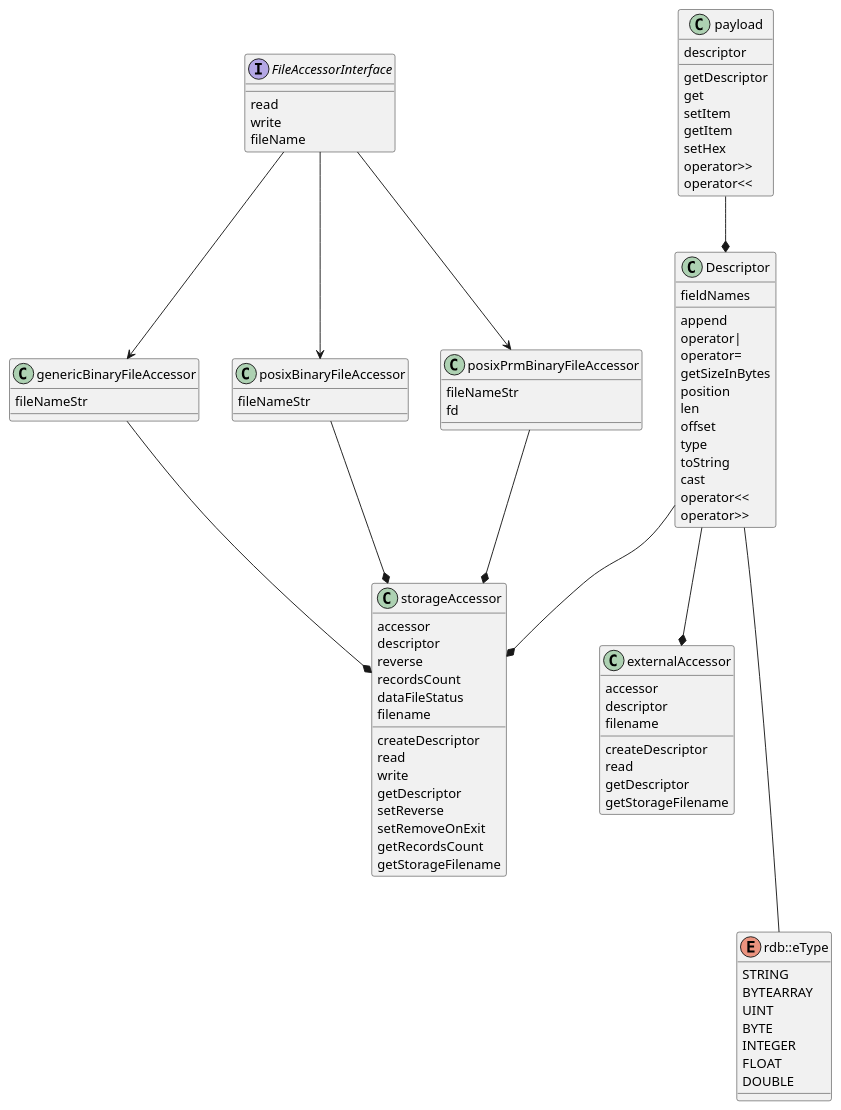
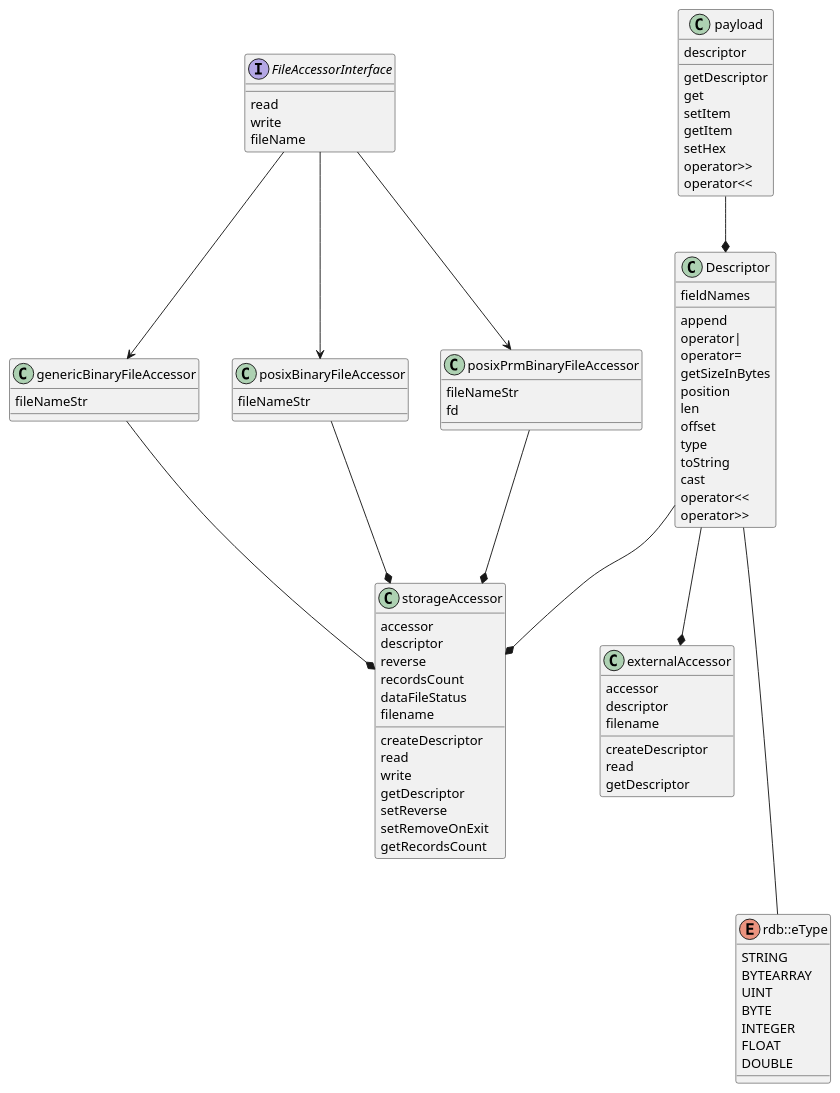
The diagram in src/include/rdb/UML/rdb.puml (michalwidera/retractordb), drawn with PlantUML before and after one commit. The commit also changed 4 other files, not shown here.

```diff
--- a/src/include/rdb/UML/rdb.puml
+++ b/src/include/rdb/UML/rdb.puml
@@ -1,107 +1,105 @@
 @startuml
 
 class Descriptor {
     {field} fieldNames
 
     {method} append
     {method} operator|
     {method} operator=
     {method} getSizeInBytes
     {method} position
     {method} len
     {method} offset
     {method} type
     {method} toString
     {method} cast
     {method} operator<<
     {method} operator>>
 }
 
 class genericBinaryFileAccessor {
     {field} fileNameStr
 }
 
 
 class posixBinaryFileAccessor {
     {field} fileNameStr
 }
 
 class posixPrmBinaryFileAccessor {
     {field} fileNameStr
     {field} fd
 }
 
 
 interface FileAccessorInterface {
     {method} read
     {method} write
     {method} fileName
 }
 
 class payload {
     {field} descriptor
 
     {method} getDescriptor
     {method} get
     {method} setItem
     {method} getItem
     {method} setHex
     {method} operator>>
     {method} operator<<
 }
 
 class storageAccessor {
     {field} accessor
     {field} descriptor
     {field} reverse
     {field} recordsCount
     {field} dataFileStatus
     {field} filename
 
     {method} createDescriptor
     {method} read
     {method} write
     {method} getDescriptor
     {method} setReverse
     {method} setRemoveOnExit
     {method} getRecordsCount
-    {method} getStorageFilename
 }
 
 class externalAccessor {
     {field} accessor
     {field} descriptor
     {field} filename
 
     {method} createDescriptor
     {method} read
     {method} getDescriptor
-    {method} getStorageFilename
 }
 
 enum rdb::eType {
     STRING
     BYTEARRAY
     UINT
     BYTE
     INTEGER
     FLOAT
     DOUBLE
 }
 
 FileAccessorInterface --> genericBinaryFileAccessor
 FileAccessorInterface --> posixBinaryFileAccessor
 FileAccessorInterface --> posixPrmBinaryFileAccessor
 
 genericBinaryFileAccessor --* storageAccessor
 posixBinaryFileAccessor --* storageAccessor
 posixPrmBinaryFileAccessor --* storageAccessor
 
 Descriptor --* storageAccessor
 Descriptor --* externalAccessor
 
 Descriptor --- rdb::eType
 
 payload --* Descriptor
 
 @enduml
```
